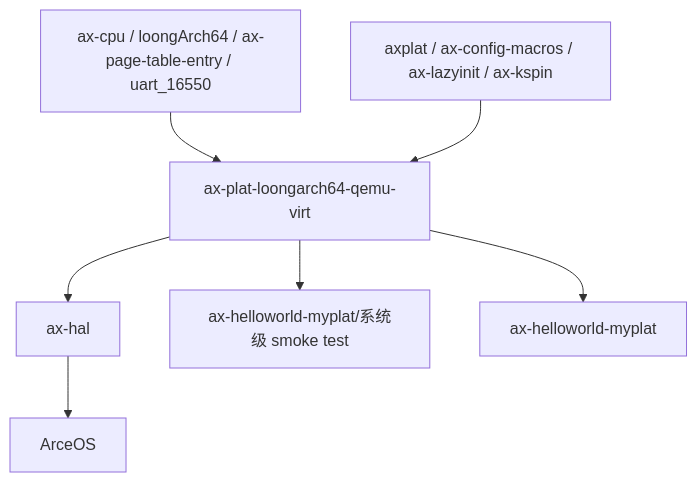
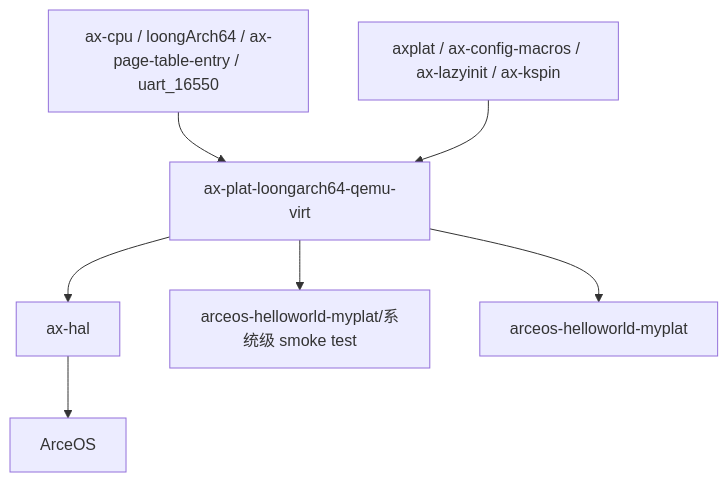
One commit to rcore-os/tgoskits changed the second of 2 diagrams in docs/docs/components/crates/ax-plat-loongarch64-qemu-virt.md. Above: the diagram before and after it, drawn with Mermaid. The commit also changed other lines of this file and 184 other files, not shown here.

````diff
--- a/docs/docs/components/crates/ax-plat-loongarch64-qemu-virt.md
+++ b/docs/docs/components/crates/ax-plat-loongarch64-qemu-virt.md
@@ -186,9 +186,9 @@
 ```mermaid
 graph TD
     A[ax-cpu / loongArch64 / ax-page-table-entry / uart_16550] --> B[ax-plat-loongarch64-qemu-virt]
     C[axplat / ax-config-macros / ax-lazyinit / ax-kspin] --> B
     B --> D[ax-hal]
-    B --> E[ax-helloworld-myplat/系统级 smoke test]
-    B --> F[ax-helloworld-myplat]
+    B --> E[arceos-helloworld-myplat/系统级 smoke test]
+    B --> F[arceos-helloworld-myplat]
     D --> G[ArceOS]
 ```
````
